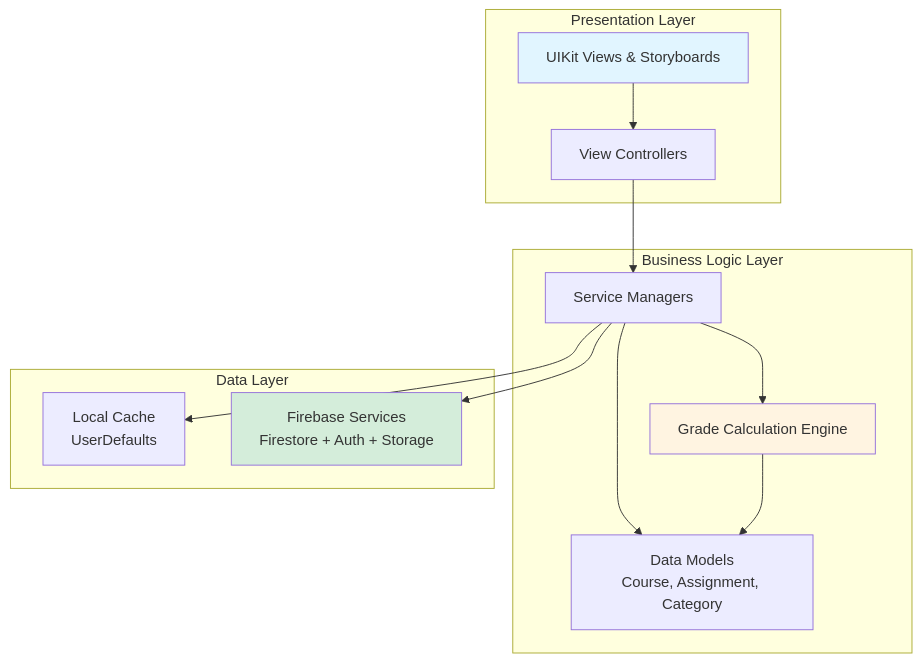
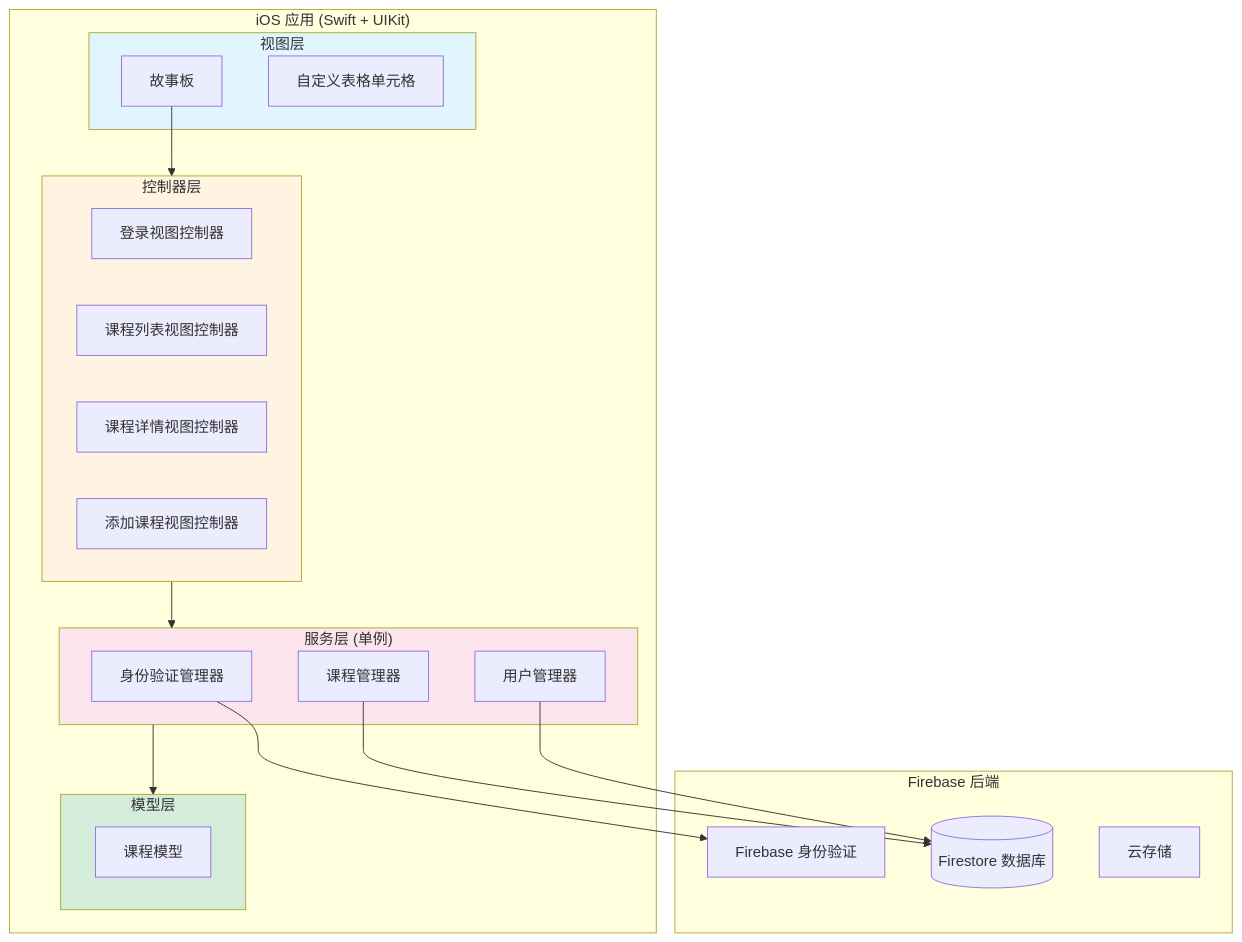
One commit to nu-jliu/nu-jliu.github.io changed the tenth of 11 diagrams in _posts/2022-05-20-ios.md. Above: the diagram before and after it, drawn with Mermaid. The commit also changed other lines of this file and 23 other files, not shown here.

````diff
--- a/_posts/2022-05-20-ios.md
+++ b/_posts/2022-05-20-ios.md
@@ -90,30 +464,44 @@
 ```mermaid
 graph TB
-    subgraph Presentation["Presentation Layer"]
-        VIEWS[UIKit Views & Storyboards]
-        VC[View Controllers]
+    subgraph iOS["iOS 应用 (Swift + UIKit)"]
+        subgraph Views["视图层"]
+            SB[故事板]
+            CELLS[自定义表格单元格]
+        end
+
+        subgraph Controllers["控制器层"]
+            LOGIN_VC[登录视图控制器]
+            LIST_VC[课程列表视图控制器]
+            DETAIL_VC[课程详情视图控制器]
+            ADD_VC[添加课程视图控制器]
+        end
+
+        subgraph Models["模型层"]
+            COURSE[课程模型]
+        end
+
+        subgraph Managers["服务层 (单例)"]
+            AUTH_MGR[身份验证管理器]
+            COURSE_MGR[课程管理器]
+            USER_MGR[用户管理器]
+        end
     end
 
-    subgraph Business["Business Logic Layer"]
-        MODELS[Data Models<br/>Course, Assignment, Category]
-        CALC[Grade Calculation Engine]
-        MANAGERS[Service Managers]
+    subgraph Firebase["Firebase 后端"]
+        AUTH[Firebase 身份验证]
+        FIRESTORE[(Firestore 数据库)]
+        STORAGE[云存储]
     end
 
-    subgraph Data["Data Layer"]
-        LOCAL[Local Cache<br/>UserDefaults]
-        FIREBASE[Firebase Services<br/>Firestore + Auth + Storage]
-    end
+    SB --> Controllers
+    Controllers --> Managers
+    Managers --> Models
+    AUTH_MGR --> AUTH
+    COURSE_MGR --> FIRESTORE
+    USER_MGR --> FIRESTORE
 
-    VIEWS --> VC
-    VC --> MANAGERS
-    MANAGERS --> MODELS
-    MANAGERS --> CALC
-    CALC --> MODELS
-    MANAGERS --> LOCAL
-    MANAGERS --> FIREBASE
-
-    style VIEWS fill:#e1f5ff
-    style CALC fill:#fff4e1
-    style FIREBASE fill:#d4edda
+    style Views fill:#e1f5ff
+    style Controllers fill:#fff4e1
+    style Models fill:#d4edda
+    style Managers fill:#fce4ec
 ```
````
